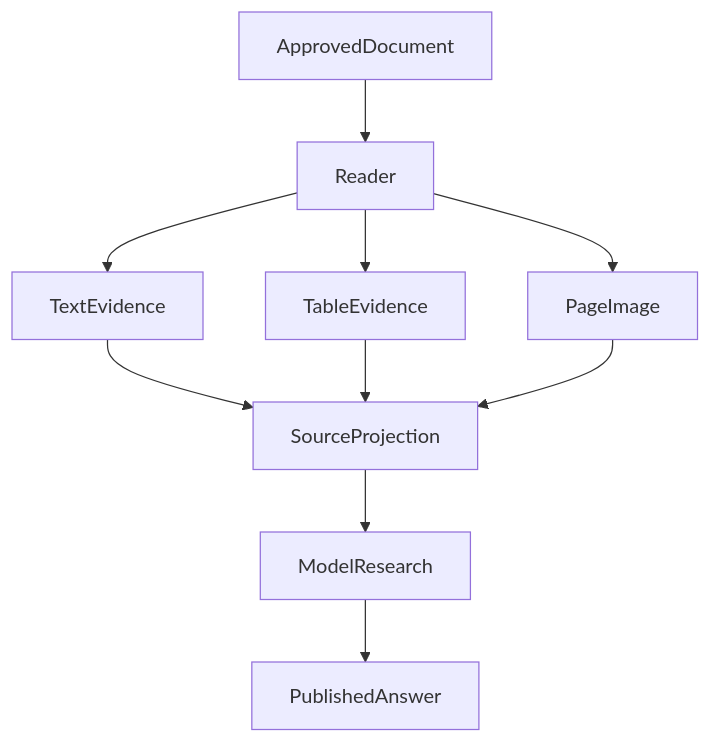
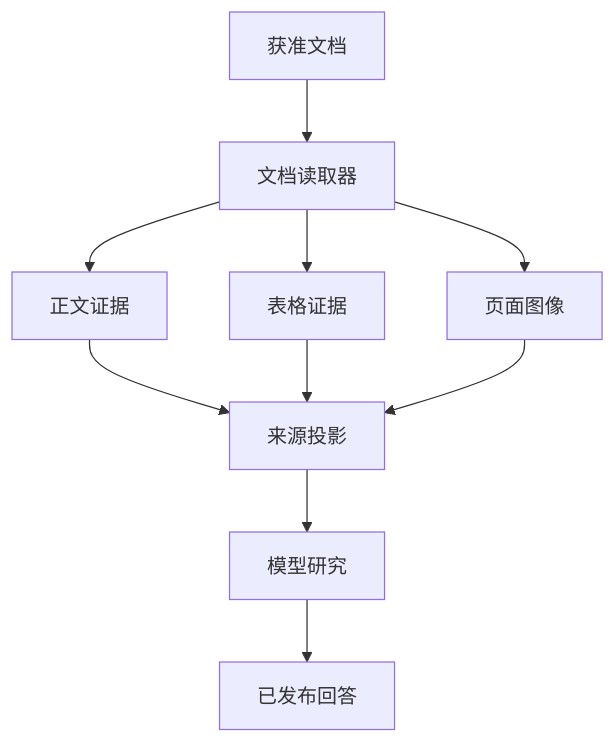
The diagram in articles/024-agent-pdf-from-text-to-evidence.md (hpoenixf/eff-agent-article), drawn with Mermaid before and after one commit. The commit also changed 52 other files, not shown here.

Commit message:
docs: localize diagrams and clarify flagship guides

````diff
--- a/articles/024-agent-pdf-from-text-to-evidence.md
+++ b/articles/024-agent-pdf-from-text-to-evidence.md
@@ -87,12 +87,12 @@
 ```mermaid
 graph TD
-ApprovedDocument --> Reader
-Reader --> TextEvidence
-Reader --> TableEvidence
-Reader --> PageImage
-TextEvidence --> SourceProjection
+ApprovedDocument["获准文档"] --> Reader["文档读取器"]
+Reader --> TextEvidence["正文证据"]
+Reader --> TableEvidence["表格证据"]
+Reader --> PageImage["页面图像"]
+TextEvidence --> SourceProjection["来源投影"]
 TableEvidence --> SourceProjection
 PageImage --> SourceProjection
-SourceProjection --> ModelResearch
-ModelResearch --> PublishedAnswer
+SourceProjection --> ModelResearch["模型研究"]
+ModelResearch --> PublishedAnswer["已发布回答"]
 ```
````
